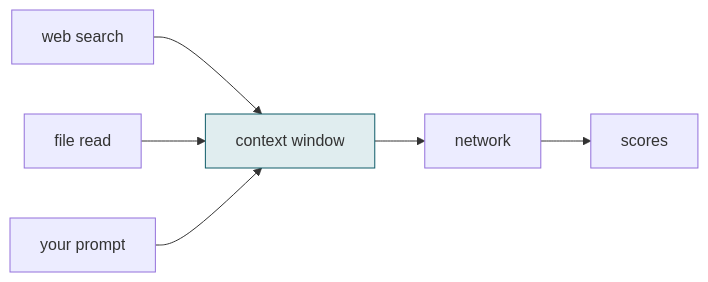
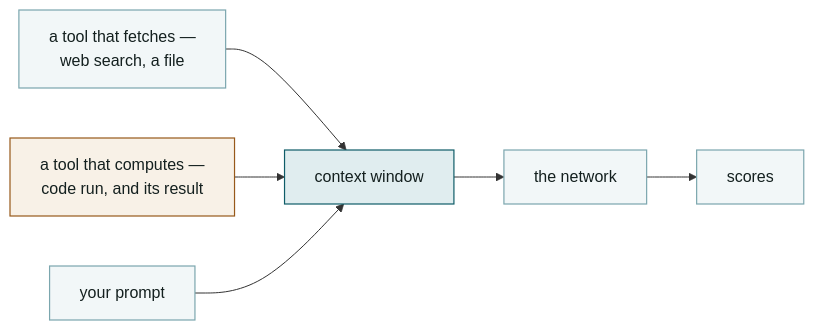
Before and after one commit to VKotzamanis/AI_Training_yasgawd: the sixth of 7 diagrams in slides/01-substrate.md, drawn with Mermaid. The commit also changed other lines of this file and 19 other files, not shown here.

````diff
--- a/slides/01-substrate.md
+++ b/slides/01-substrate.md
@@ -317,9 +601,12 @@
-```mermaid {scale: 0.93}
+```mermaid {scale: 0.85}
 flowchart LR
-  A["web search"] --> W["context window"]
-  B["file read"] --> W
-  C["your prompt"] --> W
-  W --> D["network"]
-  D --> E["scores"]
+  classDef n fill:#F2F7F8,stroke:#7BA6AE,stroke-width:1.2px,color:#14201F
+  A["a tool that fetches —<br/>web search, a file"] --> W["context window"]
+  C["a tool that computes —<br/>code run, and its result"] --> W
+  D["your prompt"] --> W
+  W --> E["the network"]
+  E --> F["scores"]
   style W fill:#E0EDEF,stroke:#0E5C68
+  style C fill:#F8F1E7,stroke:#97591A
+  class A,W,C,D,E,F n
 ```
````
